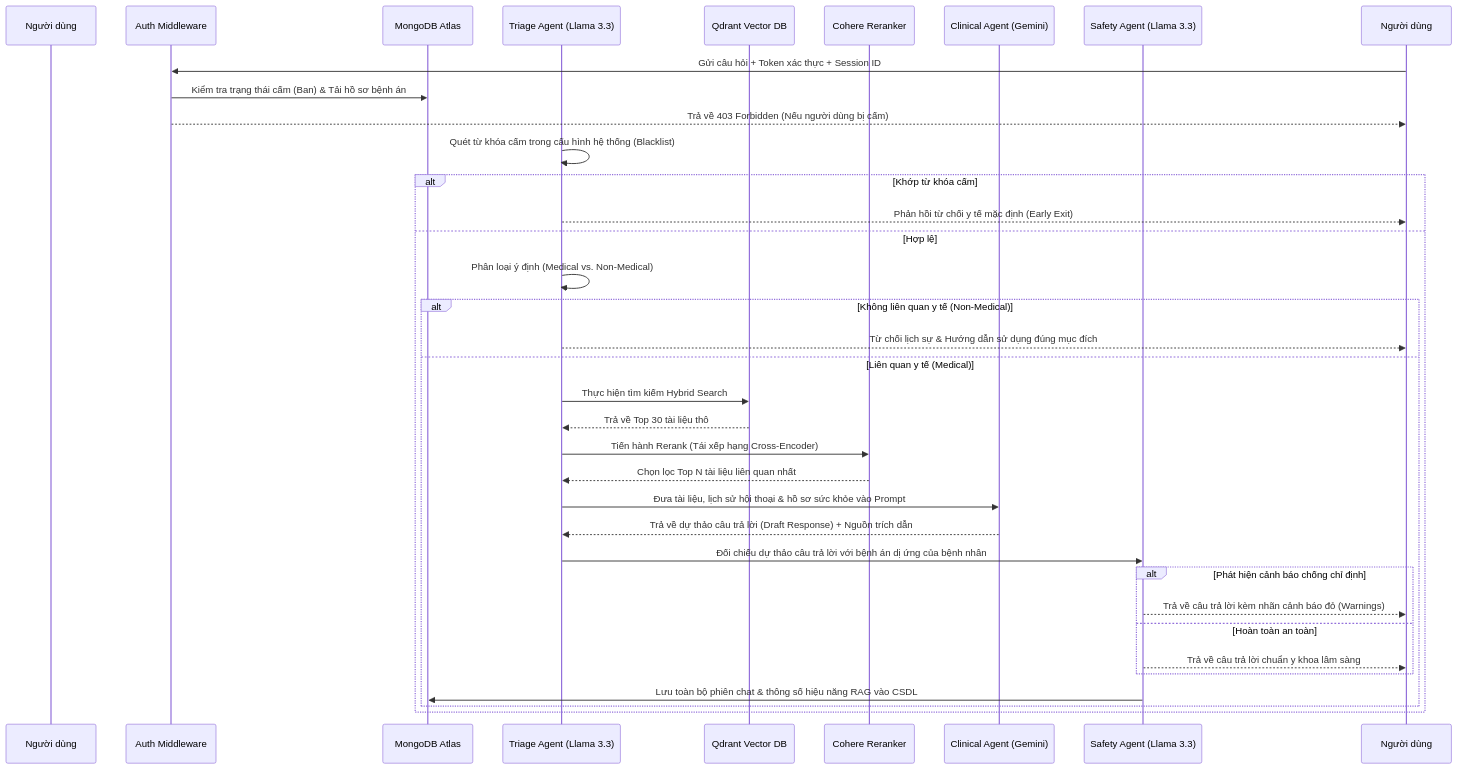
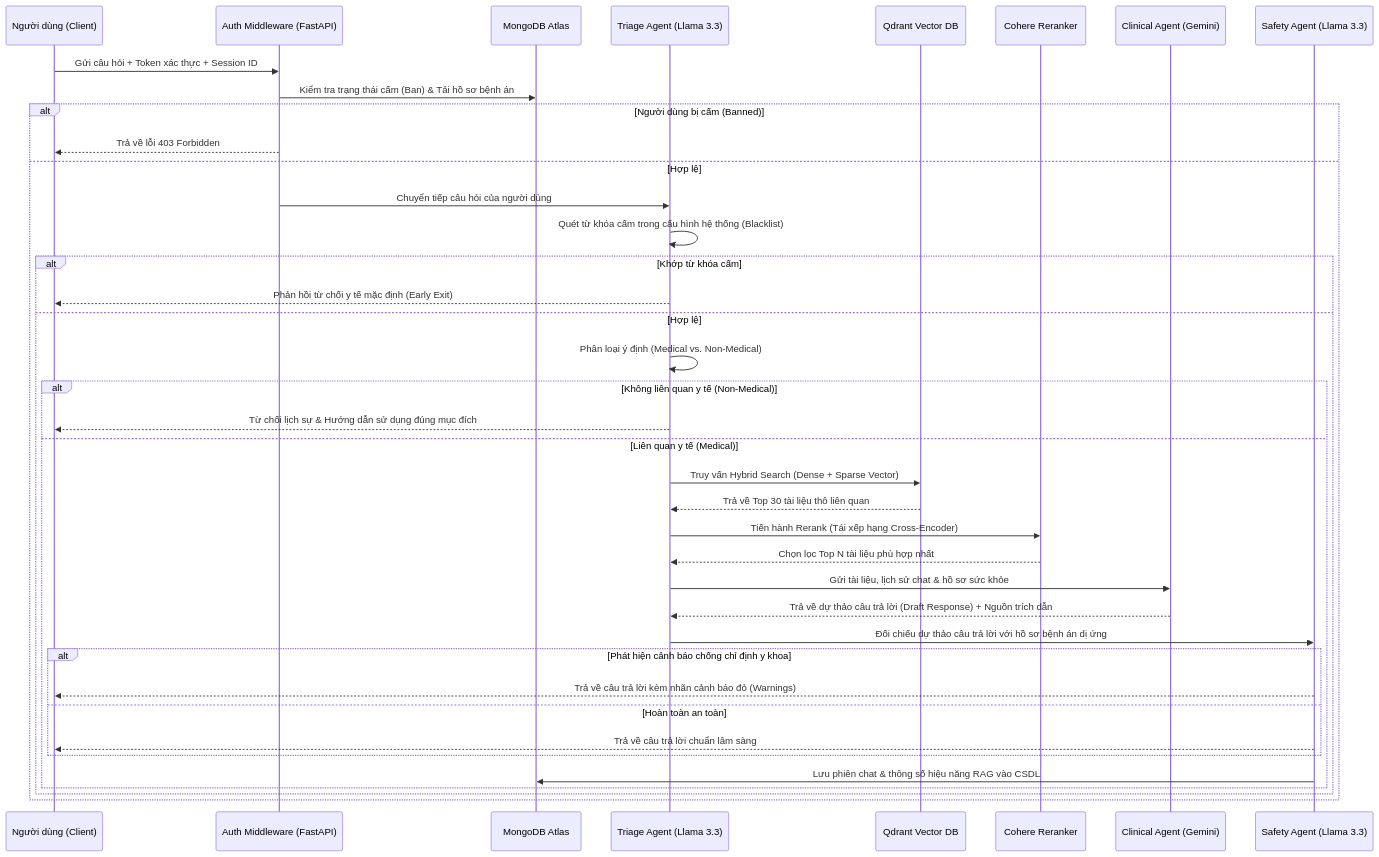
The diagram in README.md (Vietfinn/Medical-AI-Assistant--RAG_KLTN), drawn with Mermaid before and after one commit. The commit also changed other lines of this file, not shown here.

Commit message:
docs: update README.md with detailed system architecture, features, and workflows

````diff
--- a/README.md
+++ b/README.md
@@ -35,39 +37,42 @@
 ```mermaid
 sequenceDiagram
-    participant User as Người dùng
-    participant Auth as Auth Middleware
+    participant User as Người dùng (Client)
+    participant Auth as Auth Middleware (FastAPI)
     participant Mongo as MongoDB Atlas
     participant Triage as Triage Agent (Llama 3.3)
     participant Qdrant as Qdrant Vector DB
     participant Cohere as Cohere Reranker
     participant Gemini as Clinical Agent (Gemini)
     participant Safety as Safety Agent (Llama 3.3)
 
-    Người dùng->>Auth: Gửi câu hỏi + Token xác thực + Session ID
+    User->>Auth: Gửi câu hỏi + Token xác thực + Session ID
     Auth->>Mongo: Kiểm tra trạng thái cấm (Ban) & Tải hồ sơ bệnh án
-    Auth-->>Người dùng: Trả về 403 Forbidden (Nếu người dùng bị cấm)
-    
-    Triage->>Triage: Quét từ khóa cấm trong cấu hình hệ thống (Blacklist)
-    alt Khớp từ khóa cấm
-        Triage-->>Người dùng: Phản hồi từ chối y tế mặc định (Early Exit)
+    alt Người dùng bị cấm (Banned)
+        Auth-->>User: Trả về lỗi 403 Forbidden
     else Hợp lệ
-        Triage->>Triage: Phân loại ý định (Medical vs. Non-Medical)
-        alt Không liên quan y tế (Non-Medical)
-            Triage-->>Người dùng: Từ chối lịch sự & Hướng dẫn sử dụng đúng mục đích
-        else Liên quan y tế (Medical)
-            Triage->>Qdrant: Thực hiện tìm kiếm Hybrid Search
-            Qdrant-->>Triage: Trả về Top 30 tài liệu thô
-            Triage->>Cohere: Tiến hành Rerank (Tái xếp hạng Cross-Encoder)
-            Cohere-->>Triage: Chọn lọc Top N tài liệu liên quan nhất
-            Triage->>Gemini: Đưa tài liệu, lịch sử hội thoại & hồ sơ sức khỏe vào Prompt
-            Gemini-->>Triage: Trả về dự thảo câu trả lời (Draft Response) + Nguồn trích dẫn
-            Triage->>Safety: Đối chiếu dự thảo câu trả lời với bệnh án dị ứng của bệnh nhân
-            alt Phát hiện cảnh báo chống chỉ định
-                Safety-->>Người dùng: Trả về câu trả lời kèm nhãn cảnh báo đỏ (Warnings)
-            else Hoàn toàn an toàn
-                Safety-->>Người dùng: Trả về câu trả lời chuẩn y khoa lâm sàng
+        Auth->>Triage: Chuyển tiếp câu hỏi của người dùng
+        Triage->>Triage: Quét từ khóa cấm trong cấu hình hệ thống (Blacklist)
+        alt Khớp từ khóa cấm
+            Triage-->>User: Phản hồi từ chối y tế mặc định (Early Exit)
+        else Hợp lệ
+            Triage->>Triage: Phân loại ý định (Medical vs. Non-Medical)
+            alt Không liên quan y tế (Non-Medical)
+                Triage-->>User: Từ chối lịch sự & Hướng dẫn sử dụng đúng mục đích
+            else Liên quan y tế (Medical)
+                Triage->>Qdrant: Truy vấn Hybrid Search (Dense + Sparse Vector)
+                Qdrant-->>Triage: Trả về Top 30 tài liệu thô liên quan
+                Triage->>Cohere: Tiến hành Rerank (Tái xếp hạng Cross-Encoder)
+                Cohere-->>Triage: Chọn lọc Top N tài liệu phù hợp nhất
+                Triage->>Gemini: Gửi tài liệu, lịch sử chat & hồ sơ sức khỏe
+                Gemini-->>Triage: Trả về dự thảo câu trả lời (Draft Response) + Nguồn trích dẫn
+                Triage->>Safety: Đối chiếu dự thảo câu trả lời với hồ sơ bệnh án dị ứng
+                alt Phát hiện cảnh báo chống chỉ định y khoa
+                    Safety-->>User: Trả về câu trả lời kèm nhãn cảnh báo đỏ (Warnings)
+                else Hoàn toàn an toàn
+                    Safety-->>User: Trả về câu trả lời chuẩn lâm sàng
+                end
+                Safety->>Mongo: Lưu phiên chat & thông số hiệu năng RAG vào CSDL
             end
-            Safety->>Mongo: Lưu toàn bộ phiên chat & thông số hiệu năng RAG vào CSDL
         end
     end
 ```
````
